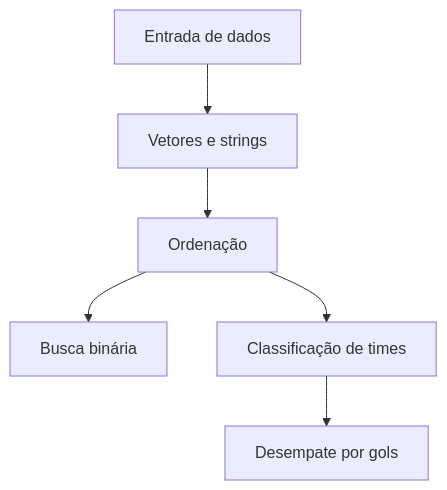
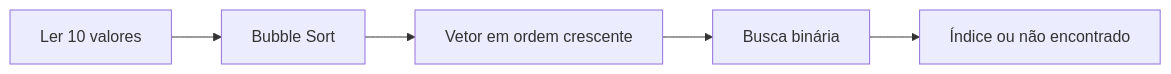
One commit to theroven79-droid/ESTRUTURA-DE-DADOS changed the diagram in CONTEUDO_P2/README.md. Above: the diagram before and after it, drawn with Mermaid. The commit also changed other lines of this file, not shown here.

````diff
--- a/CONTEUDO_P2/README.md
+++ b/CONTEUDO_P2/README.md
@@ -111,8 +25,7 @@
 ```mermaid
-flowchart TD
-    A["Entrada de dados"] --> B["Vetores e strings"]
-    B --> C["Ordenação"]
-    C --> D["Busca binária"]
-    C --> E["Classificação de times"]
-    E --> F["Desempate por gols"]
+flowchart LR
+    A[Ler 10 valores] --> B[Bubble Sort]
+    B --> C[Vetor em ordem crescente]
+    C --> D[Busca binária]
+    D --> E[Índice ou não encontrado]
 ```
````
